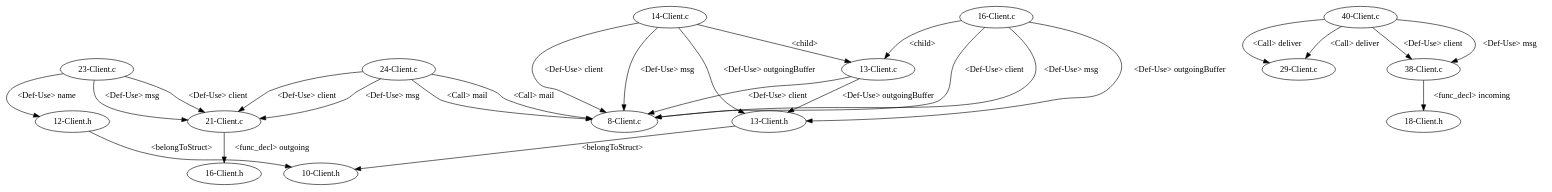
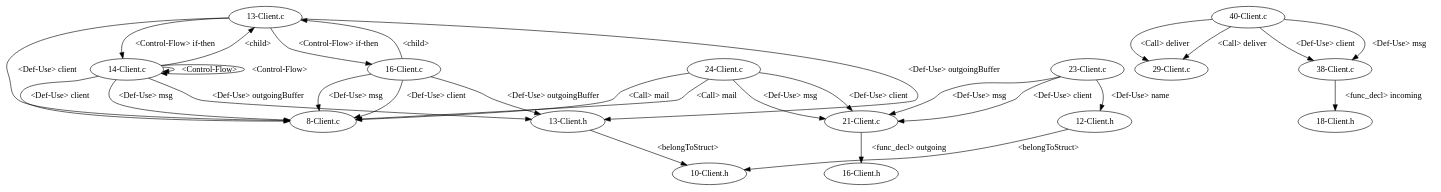
One commit to shuiblue/JDimeForCpp changed the diagram in testcpp/dependencyGraph/EmailSystem/test_12/graph.gv. Above: the diagram before and after it, drawn with Graphviz. The commit also changed 11 other files, not shown here.

Commit message:
modify return type for several function ,used for control flow analysis

```diff
--- a/testcpp/dependencyGraph/EmailSystem/test_12/graph.gv
+++ b/testcpp/dependencyGraph/EmailSystem/test_12/graph.gv
@@ -1,42 +1,46 @@
 digraph {
 1 [label = "8-Client.c"];
 2 [label = "13-Client.c"];
 2 -> 1[label="<Def-Use> client"];
 3 [label = "14-Client.c"];
 3 -> 1[label="<Def-Use> client"];
 3 -> 1[label="<Def-Use> msg"];
 3 -> 2[label="<child>"];
 4 [label = "16-Client.c"];
 4 -> 1[label="<Def-Use> client"];
 4 -> 2[label="<child>"];
 4 -> 1[label="<Def-Use> msg"];
+2 -> 3[label="<Control-Flow> if-then"];
+3 -> 3[label="<Control-Flow>"];
+3 -> 3[label="<Control-Flow>"];
+2 -> 4[label="<Control-Flow> if-then"];
 5 [label = "21-Client.c"];
 6 [label = "23-Client.c"];
 6 -> 5[label="<Def-Use> msg"];
 6 -> 5[label="<Def-Use> client"];
 7 [label = "24-Client.c"];
 7 -> 1[label="<Call> mail"];
 7 -> 5[label="<Def-Use> client"];
 7 -> 5[label="<Def-Use> msg"];
 8 [label = "29-Client.c"];
 9 [label = "38-Client.c"];
 10 [label = "40-Client.c"];
 10 -> 8[label="<Call> deliver"];
 10 -> 9[label="<Def-Use> client"];
 10 -> 9[label="<Def-Use> msg"];
 11 [label = "10-Client.h"];
 12 [label = "12-Client.h"];
 13 [label = "13-Client.h"];
+12 -> 11[label="<belongToStruct>"];
 13 -> 11[label="<belongToStruct>"];
-12 -> 11[label="<belongToStruct>"];
 14 [label = "16-Client.h"];
 15 [label = "18-Client.h"];
+6 -> 12[label="<Def-Use> name"];
+4 -> 13[label="<Def-Use> outgoingBuffer"];
+3 -> 13[label="<Def-Use> outgoingBuffer"];
+7 -> 1[label="<Call> mail"];
 10 -> 8[label="<Call> deliver"];
-6 -> 12[label="<Def-Use> name"];
 2 -> 13[label="<Def-Use> outgoingBuffer"];
-4 -> 13[label="<Def-Use> outgoingBuffer"];
-7 -> 1[label="<Call> mail"];
-3 -> 13[label="<Def-Use> outgoingBuffer"];
 9 -> 15[label="<func_decl> incoming"];
 5 -> 14[label="<func_decl> outgoing"];
 }
```
